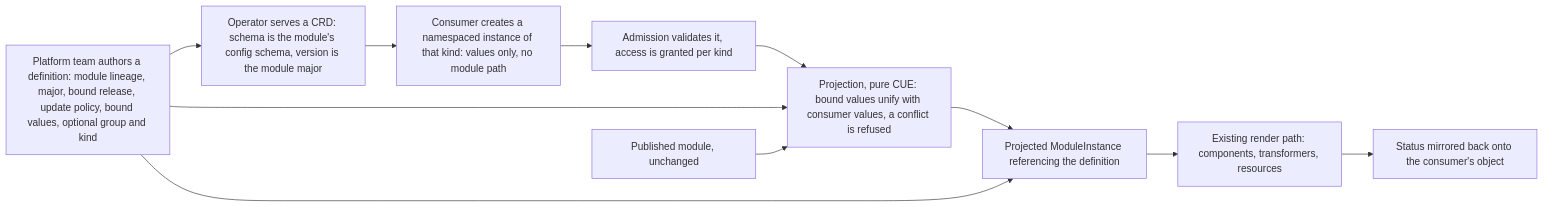
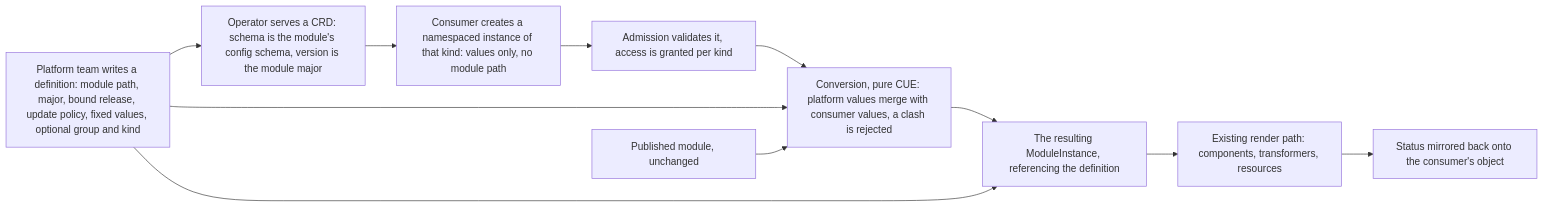
The diagram in 0025/README.md (open-platform-model/enhancements), drawn with Mermaid before and after one commit. The commit also changed other lines of this file and 37 other files, not shown here.

````diff
--- a/0025/README.md
+++ b/0025/README.md
@@ -23,13 +23,13 @@
 ```mermaid
 flowchart LR
-    platform["Platform team authors a definition: module lineage, major, bound release, update policy, bound values, optional group and kind"] --> crd
+    platform["Platform team writes a definition: module path, major, bound release, update policy, fixed values, optional group and kind"] --> crd
     crd["Operator serves a CRD: schema is the module's config schema, version is the module major"] --> consumer
     consumer["Consumer creates a namespaced instance of that kind: values only, no module path"] --> admission["Admission validates it, access is granted per kind"]
     admission --> project
     platform --> project
     module["Published module, unchanged"] --> project
-    project["Projection, pure CUE: bound values unify with consumer values, a conflict is refused"] --> mi["Projected ModuleInstance referencing the definition"]
+    project["Conversion, pure CUE: platform values merge with consumer values, a clash is rejected"] --> mi["The resulting ModuleInstance, referencing the definition"]
     mi --> render["Existing render path: components, transformers, resources"]
     render --> status["Status mirrored back onto the consumer's object"]
     platform --> mi
 ```
````
